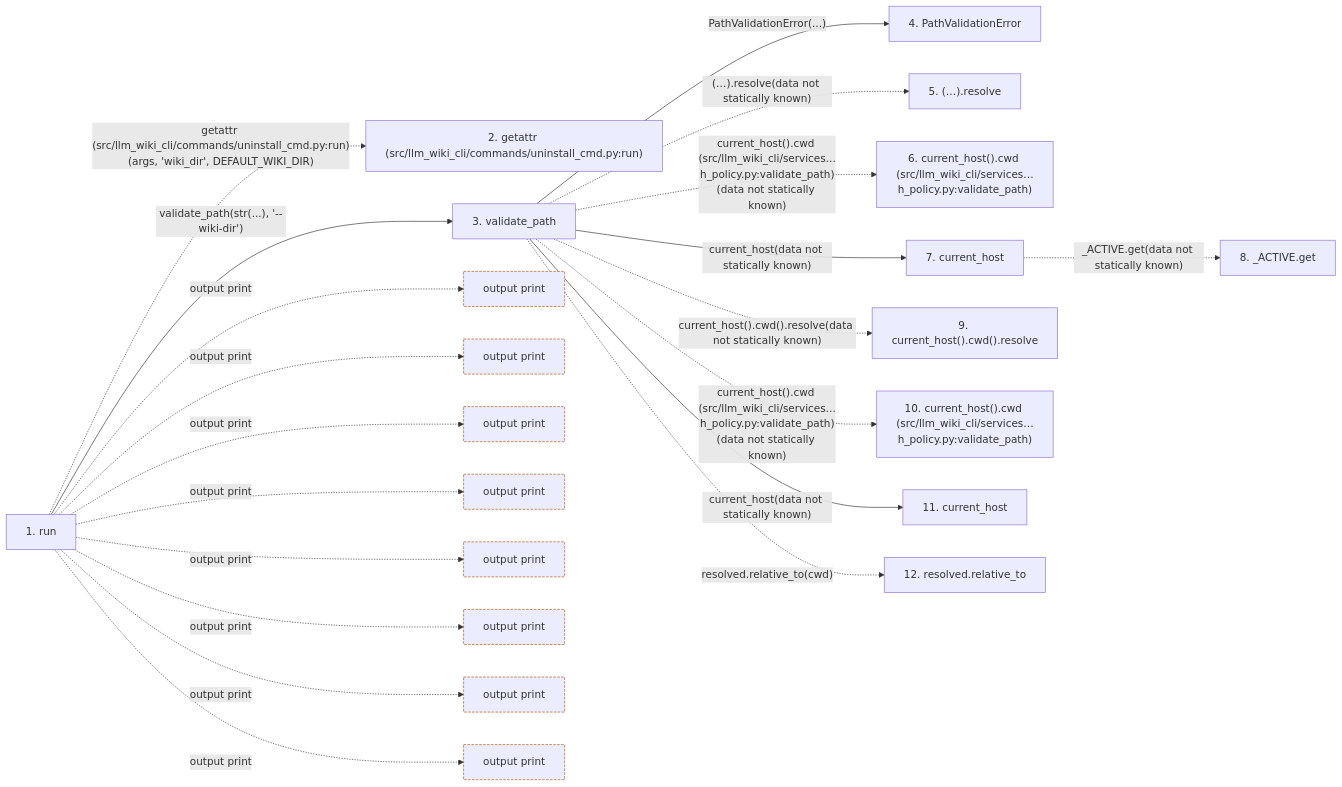
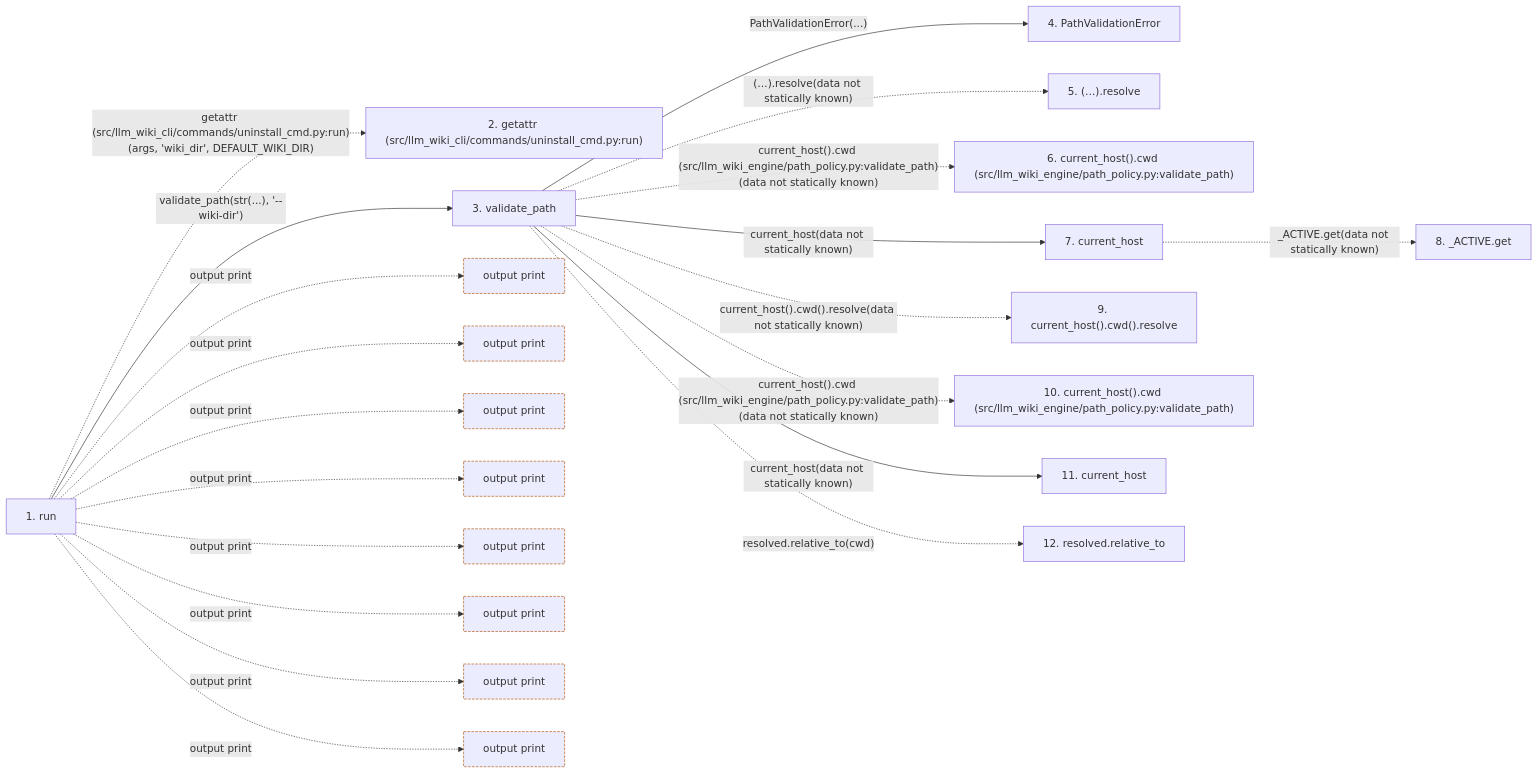
The second of 2 diagrams in docs/llm_wiki/flows/cli-uninstall.md (Denissvgn/python-wiki-llm), drawn with Mermaid before and after one commit. The commit also changed other lines of this file and 739 other files, not shown here.

First line of the commit message:
docs: refresh the wiki for the second engine batch

````diff
--- a/docs/llm_wiki/flows/cli-uninstall.md
+++ b/docs/llm_wiki/flows/cli-uninstall.md
@@ -144,56 +144,56 @@
 ```mermaid
 flowchart LR
     s1["1. run"]
     s2["2. getattr (src/llm_wiki_cli/commands/uninstall_cmd.py:run)"]
     s3["3. validate_path"]
     s4["4. PathValidationError"]
     s5["5. (…).resolve"]
-    s6["6. current_host().cwd (src/llm_wiki_cli/services…h_policy.py:validate_path)"]
+    s6["6. current_host().cwd (src/llm_wiki_engine/path_policy.py:validate_path)"]
     s7["7. current_host"]
     s8["8. _ACTIVE.get"]
     s9["9. current_host().cwd().resolve"]
-    s10["10. current_host().cwd (src/llm_wiki_cli/services…h_policy.py:validate_path)"]
+    s10["10. current_host().cwd (src/llm_wiki_engine/path_policy.py:validate_path)"]
     s11["11. current_host"]
     s12["12. resolved.relative_to"]
     s1 -. "getattr (src/llm_wiki_cli/commands/uninstall_cmd.py:run)(args, 'wiki_dir', DEFAULT_WIKI_DIR)" .-> s2
     s1 -->|"validate_path(str(...), '--wiki-dir')"| s3
     s3 -->|"PathValidationError(...)"| s4
     s3 -. "(…).resolve(data not statically known)" .-> s5
-    s3 -. "current_host().cwd (src/llm_wiki_cli/services…h_policy.py:validate_path)(data not statically known)" .-> s6
+    s3 -. "current_host().cwd (src/llm_wiki_engine/path_policy.py:validate_path)(data not statically known)" .-> s6
     s3 -->|"current_host(data not statically known)"| s7
     s7 -. "_ACTIVE.get(data not statically known)" .-> s8
     s3 -. "current_host().cwd().resolve(data not statically known)" .-> s9
-    s3 -. "current_host().cwd (src/llm_wiki_cli/services…h_policy.py:validate_path)(data not statically known)" .-> s10
+    s3 -. "current_host().cwd (src/llm_wiki_engine/path_policy.py:validate_path)(data not statically known)" .-> s10
     s3 -->|"current_host(data not statically known)"| s11
     s3 -. "resolved.relative_to(cwd)" .-> s12
     b0["output print"]
     s1 -. "output print" .-> b0
     b1["output print"]
     s1 -. "output print" .-> b1
     b2["output print"]
     s1 -. "output print" .-> b2
     b3["output print"]
     s1 -. "output print" .-> b3
     b4["output print"]
     s1 -. "output print" .-> b4
     b5["output print"]
     s1 -. "output print" .-> b5
     b6["output print"]
     s1 -. "output print" .-> b6
     b7["output print"]
     s1 -. "output print" .-> b7
     click s1 "../modules/uninstall_cmd.md"
     click s3 "../modules/path_policy.md"
     click s4 "../modules/path_policy.md"
     click s7 "../modules/host.md"
     click s11 "../modules/host.md"
     classDef boundary stroke:#b45309,stroke-dasharray: 4 2
     class b0 boundary
     class b1 boundary
     class b2 boundary
     class b3 boundary
     class b4 boundary
     class b5 boundary
     class b6 boundary
     class b7 boundary
 ```
````
